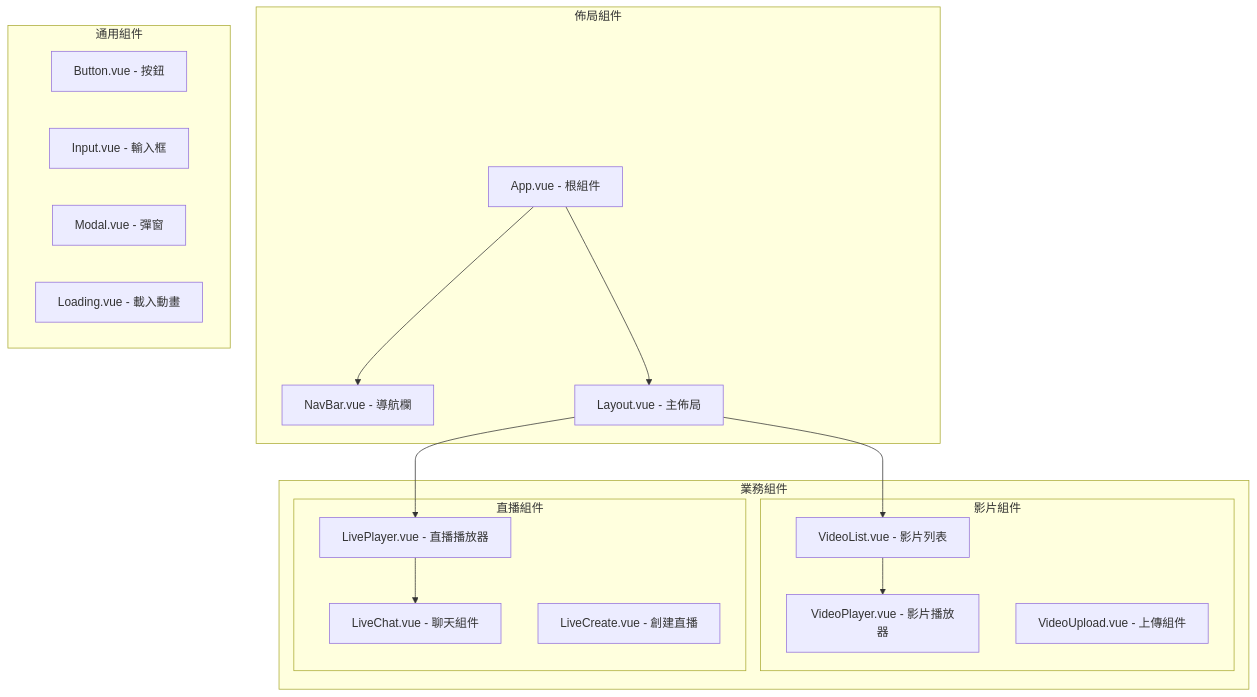
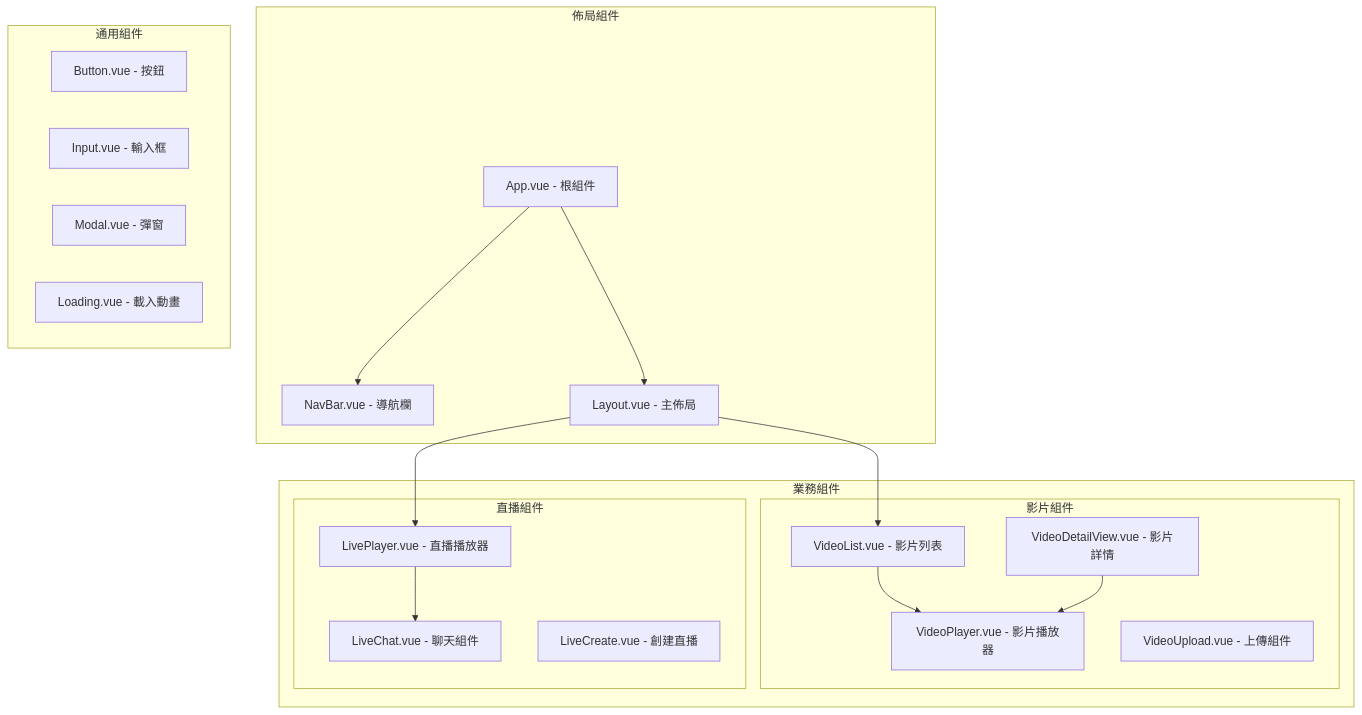
The ninth of 16 diagrams in README.md (mike504110403/stream-demo), drawn with Mermaid before and after one commit. The commit also changed other lines of this file and 75 other files, not shown here.

````diff
--- a/README.md
+++ b/README.md
@@ -374,36 +573,38 @@
 ```mermaid
 graph TB
     subgraph "佈局組件"
         APP[App.vue - 根組件]
         NAVBAR[NavBar.vue - 導航欄]
         LAYOUT[Layout.vue - 主佈局]
     end
     
     subgraph "通用組件"
         BUTTON[Button.vue - 按鈕]
         INPUT[Input.vue - 輸入框]
         MODAL[Modal.vue - 彈窗]
         LOADING[Loading.vue - 載入動畫]
     end
     
     subgraph "業務組件"
         subgraph "影片組件"
             VIDEO_LIST_COMP[VideoList.vue - 影片列表]
             VIDEO_PLAYER[VideoPlayer.vue - 影片播放器]
             VIDEO_UPLOAD_COMP[VideoUpload.vue - 上傳組件]
+            VIDEO_DETAIL[VideoDetailView.vue - 影片詳情]
         end
         
         subgraph "直播組件"
             LIVE_PLAYER[LivePlayer.vue - 直播播放器]
             LIVE_CHAT[LiveChat.vue - 聊天組件]
             LIVE_CREATE_COMP[LiveCreate.vue - 創建直播]
         end
     end
     
     APP --> NAVBAR
     APP --> LAYOUT
     LAYOUT --> VIDEO_LIST_COMP
     LAYOUT --> LIVE_PLAYER
     VIDEO_LIST_COMP --> VIDEO_PLAYER
     LIVE_PLAYER --> LIVE_CHAT
+    VIDEO_DETAIL --> VIDEO_PLAYER
 ```
````
